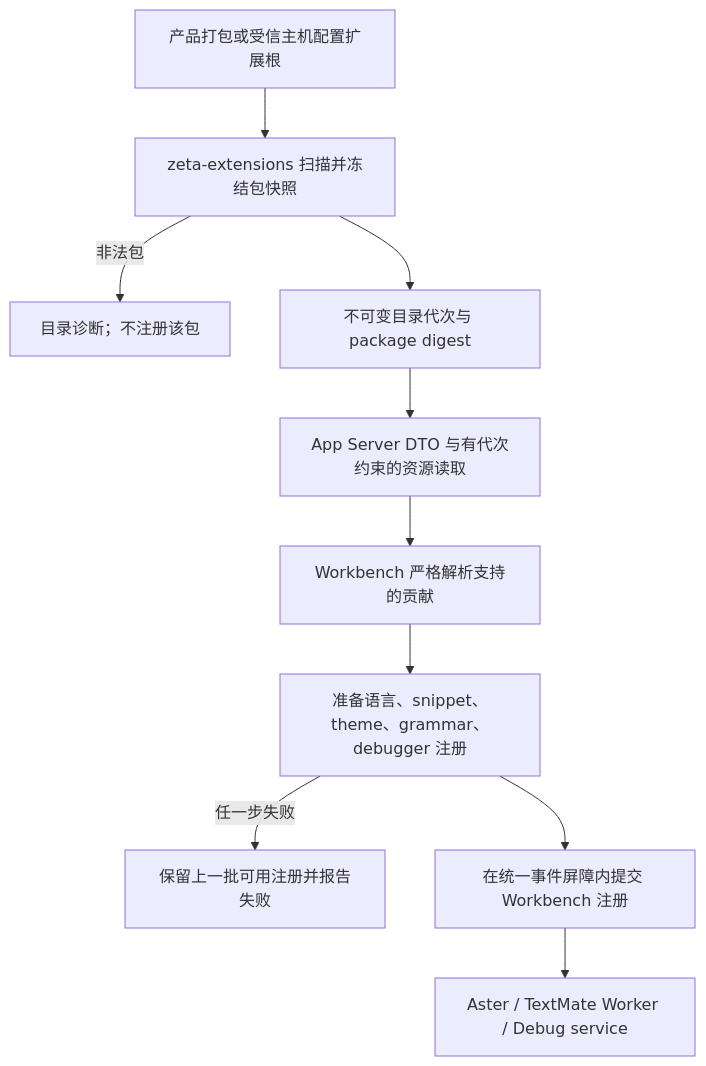
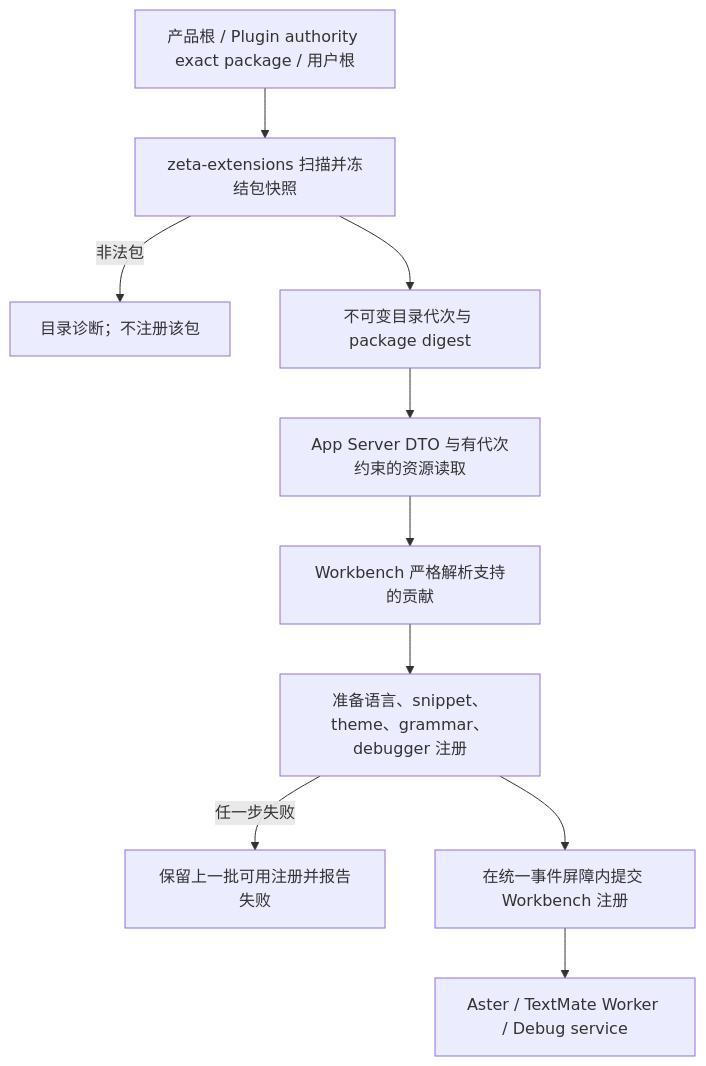
The first of 2 diagrams in docs/editor-extensions.md (chogng/zeta), drawn with Mermaid before and after one commit. The commit also changed other lines of this file and 33 other files, not shown here.

````diff
--- a/docs/editor-extensions.md
+++ b/docs/editor-extensions.md
@@ -40,12 +41,12 @@
 ```mermaid
 flowchart TD
-    package["产品打包或受信主机配置扩展根"] --> scan["zeta-extensions 扫描并冻结包快照"]
+    package["产品根 / Plugin authority exact package / 用户根"] --> scan["zeta-extensions 扫描并冻结包快照"]
     scan -->|非法包| diagnostic["目录诊断；不注册该包"]
     scan --> catalog["不可变目录代次与 package digest"]
     catalog --> protocol["App Server DTO 与有代次约束的资源读取"]
     protocol --> parse["Workbench 严格解析支持的贡献"]
     parse --> prepare["准备语言、snippet、theme、grammar、debugger 注册"]
     prepare -->|任一步失败| previous["保留上一批可用注册并报告失败"]
     prepare --> commit["在统一事件屏障内提交 Workbench 注册"]
     commit --> consumers["Aster / TextMate Worker / Debug service"]
 ```
````
